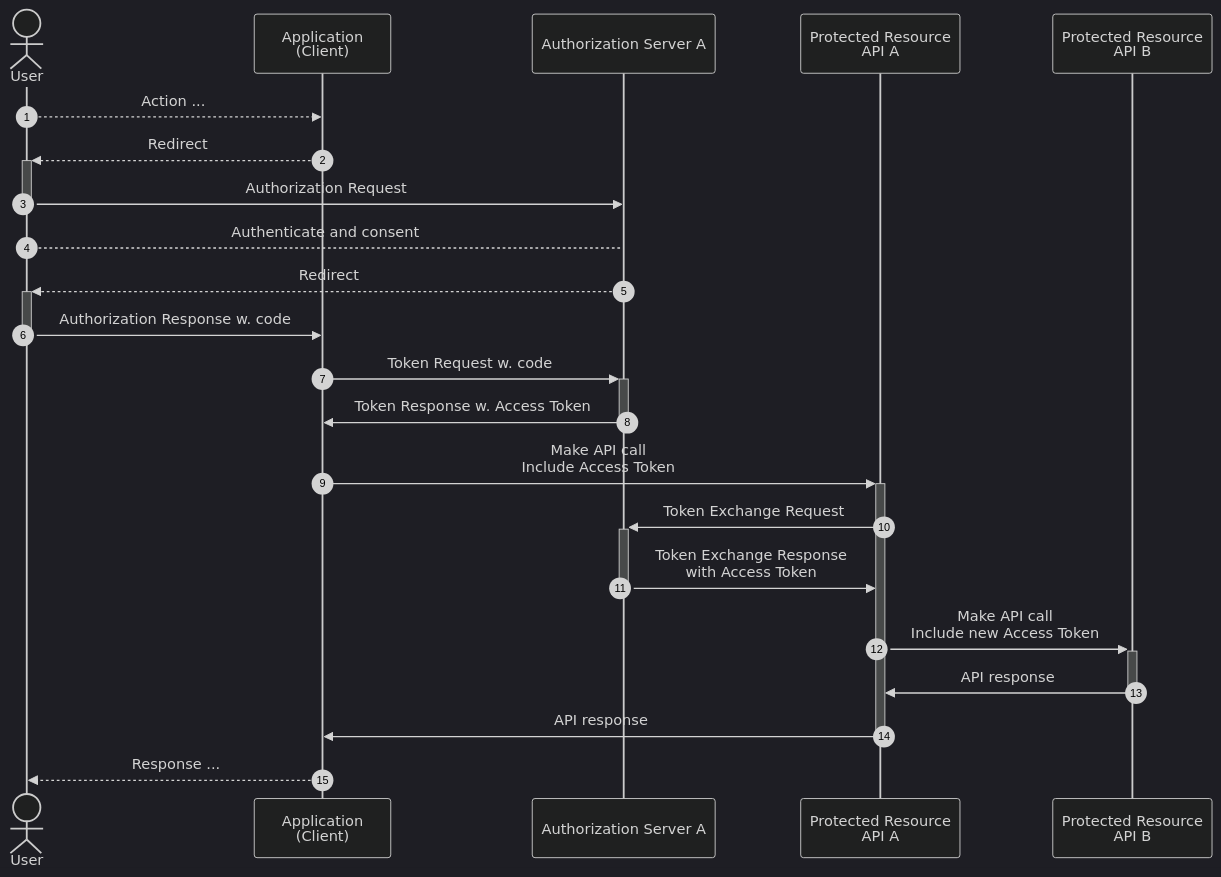
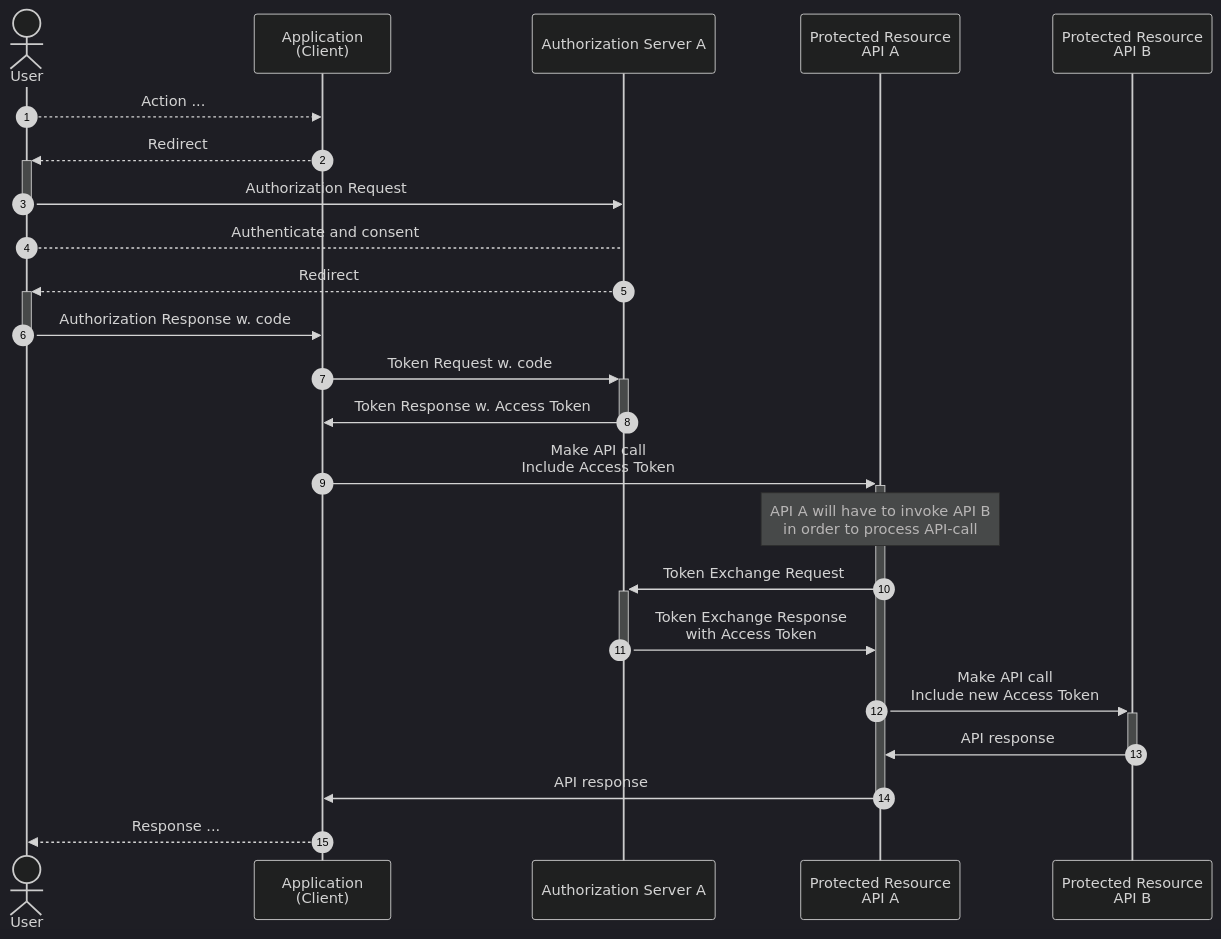
The first of 3 diagrams in ena-oauth2-chaining.md (ena-infrastructure/specifications), drawn with Mermaid (dark theme) before and after one commit. The commit also changed other lines of this file, not shown here.

````diff
--- a/ena-oauth2-chaining.md
+++ b/ena-oauth2-chaining.md
@@ -127,35 +129,37 @@
 ```mermaid
 sequenceDiagram
 autonumber
     
     actor User as User
     participant Service as Application<br/>(Client)
     participant AsA as Authorization Server A
     participant ApiA as Protected Resource<br/>API A
     participant ApiB as Protected Resource<br/>API B
 
     User-->>Service: Action ...
 
     Service-->>+User: Redirect
     User->>-AsA: Authorization Request
 
     User-->AsA: Authenticate and consent
 
     AsA-->>+User: Redirect
     User->>-Service: Authorization Response w. code
 
     Service->>+AsA: Token Request w. code
     AsA->>-Service: Token Response w. Access Token
 
     Service->>+ApiA: Make API call<br/>Include Access Token
 
+    Note over ApiA: API A will have to invoke API B<br/>in order to process API-call
+
     ApiA->>+AsA: Token Exchange Request
     AsA->>-ApiA: Token Exchange Response<br/>with Access Token
 
     ApiA->>+ApiB: Make API call<br/>Include new Access Token
     ApiB->>-ApiA: API response
 
     ApiA->>-Service: API response
 
     Service-->>User: Response ...
 ```
````
